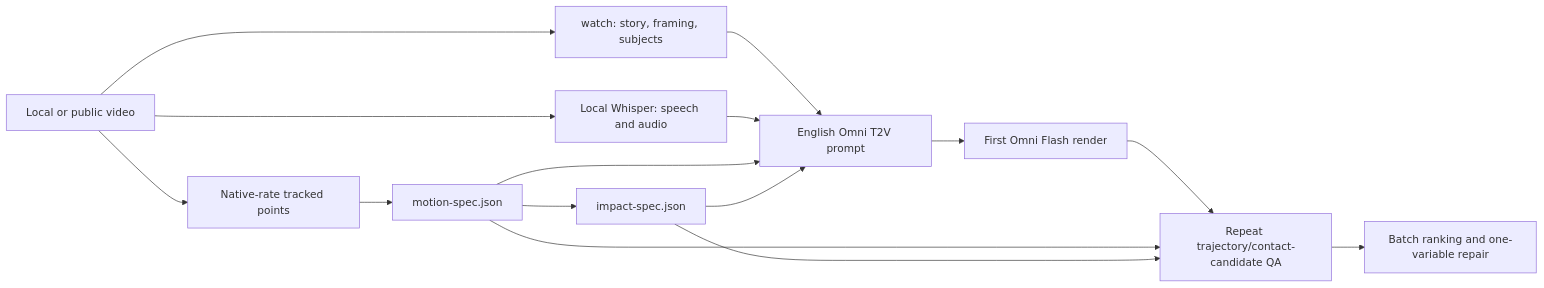
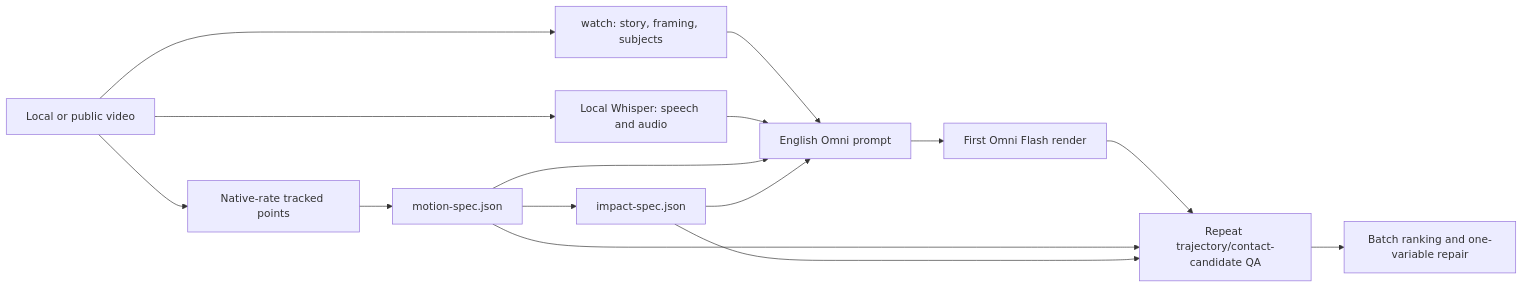
The diagram in README.en.md (peipeijiang/tiktok-to-omni-video), drawn with Mermaid before and after one commit. The commit also changed other lines of this file and 10 other files, not shown here.

````diff
--- a/README.en.md
+++ b/README.en.md
@@ -13,17 +13,17 @@
 ```mermaid
 flowchart LR
   V[Local or public video] --> W[watch: story, framing, subjects]
   V --> A[Local Whisper: speech and audio]
   V --> T[Native-rate tracked points]
   T --> M[motion-spec.json]
   M --> I[impact-spec.json]
-  W --> P[English Omni T2V prompt]
+  W --> P[English Omni prompt]
   A --> P
   M --> P
   I --> P
   P --> O[First Omni Flash render]
   O --> Q[Repeat trajectory/contact-candidate QA]
   M --> Q
   I --> Q
   Q --> R[Batch ranking and one-variable repair]
 ```
````
